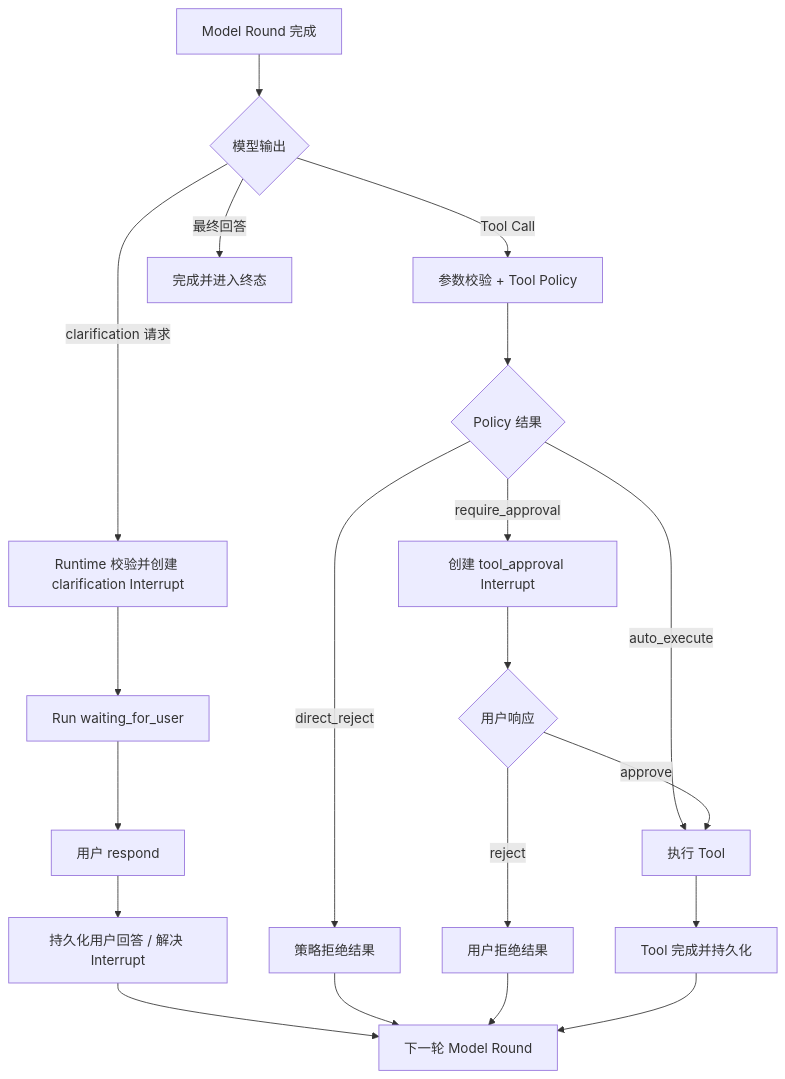
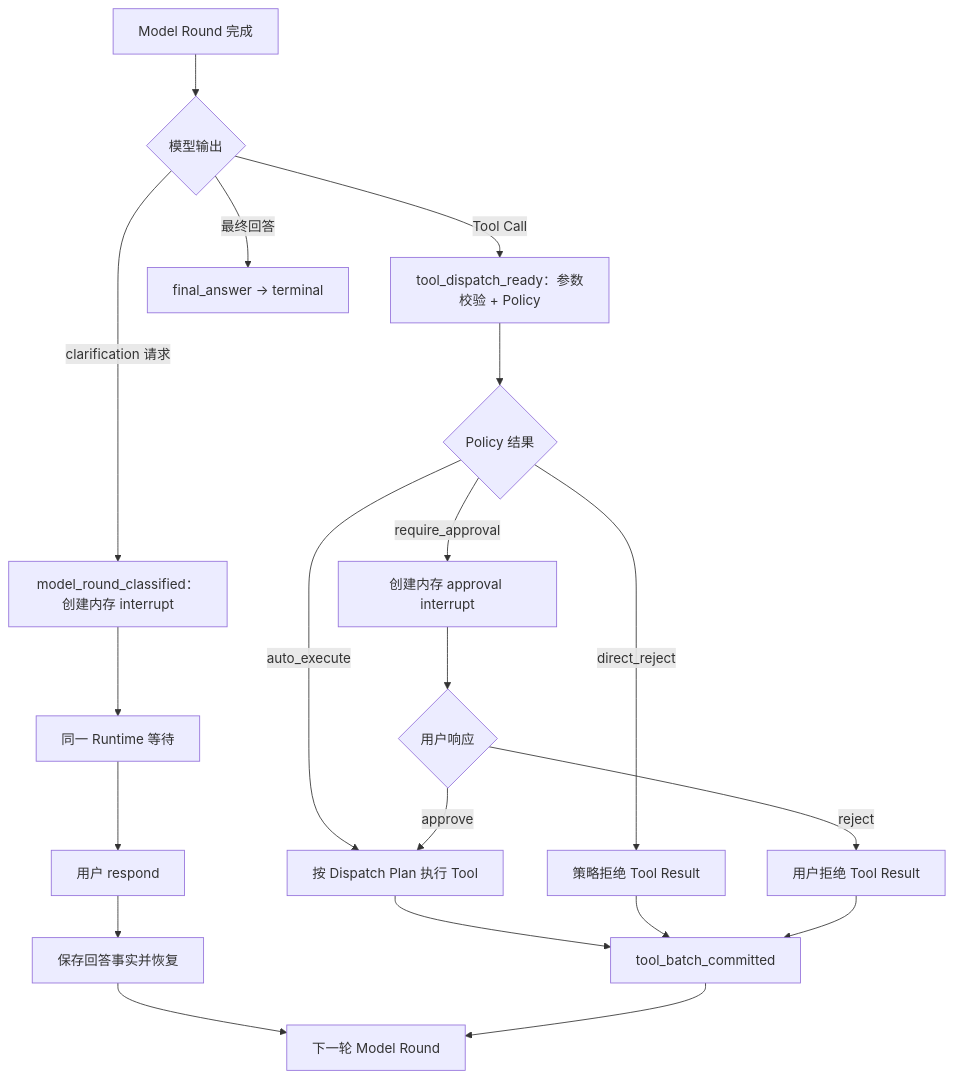
Before and after one commit to 583175694/hello-harness-agent: the diagram in docs/29-clarification-and-tool-approval.md, drawn with Mermaid. The commit also changed other lines of this file and 25 other files, not shown here.

````diff
--- a/docs/29-clarification-and-tool-approval.md
+++ b/docs/29-clarification-and-tool-approval.md
@@ -289,25 +250,22 @@
 ```mermaid
 flowchart TD
     A["Model Round 完成"] --> B{"模型输出"}
-
-    B -->|"clarification 请求"| C["Runtime 校验并创建 clarification Interrupt"]
-    C --> D["Run waiting_for_user"]
+    B -->|"clarification 请求"| C["model_round_classified：创建内存 interrupt"]
+    C --> D["同一 Runtime 等待"]
     D --> E["用户 respond"]
-    E --> F["持久化用户回答 / 解决 Interrupt"]
+    E --> F["保存回答事实并恢复"]
     F --> G["下一轮 Model Round"]
-
-    B -->|"Tool Call"| H["参数校验 + Tool Policy"]
+    B -->|"Tool Call"| H["tool_dispatch_ready：参数校验 + Policy"]
     H --> I{"Policy 结果"}
-    I -->|"auto_execute"| J["执行 Tool"]
-    I -->|"direct_reject"| K["策略拒绝结果"]
-    I -->|"require_approval"| L["创建 tool_approval Interrupt"]
+    I -->|"auto_execute"| J["按 Dispatch Plan 执行 Tool"]
+    I -->|"direct_reject"| K["策略拒绝 Tool Result"]
+    I -->|"require_approval"| L["创建内存 approval interrupt"]
     L --> M{"用户响应"}
     M -->|"approve"| J
-    M -->|"reject"| N["用户拒绝结果"]
-    J --> O["Tool 完成并持久化"]
-    K --> G
-    N --> G
+    M -->|"reject"| N["用户拒绝 Tool Result"]
+    J --> O["tool_batch_committed"]
+    K --> O
+    N --> O
     O --> G
-
-    B -->|"最终回答"| P["完成并进入终态"]
+    B -->|"最终回答"| P["final_answer → terminal"]
 ```
````
